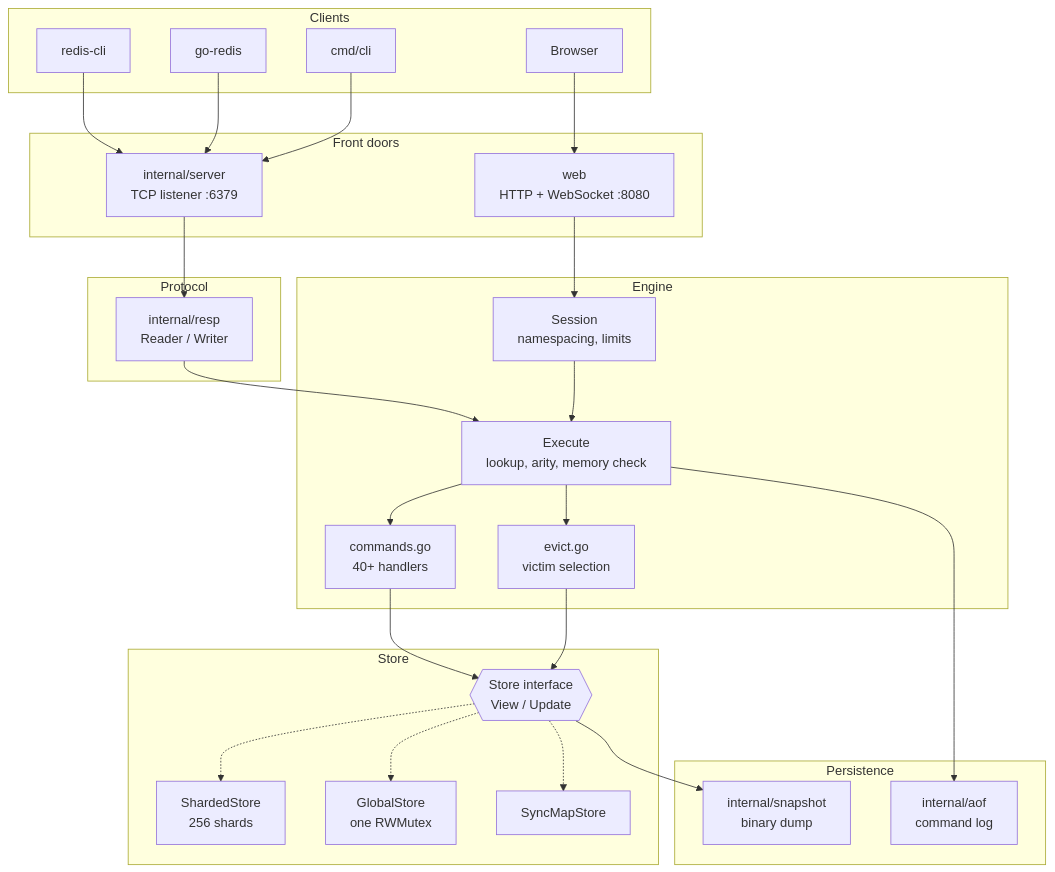
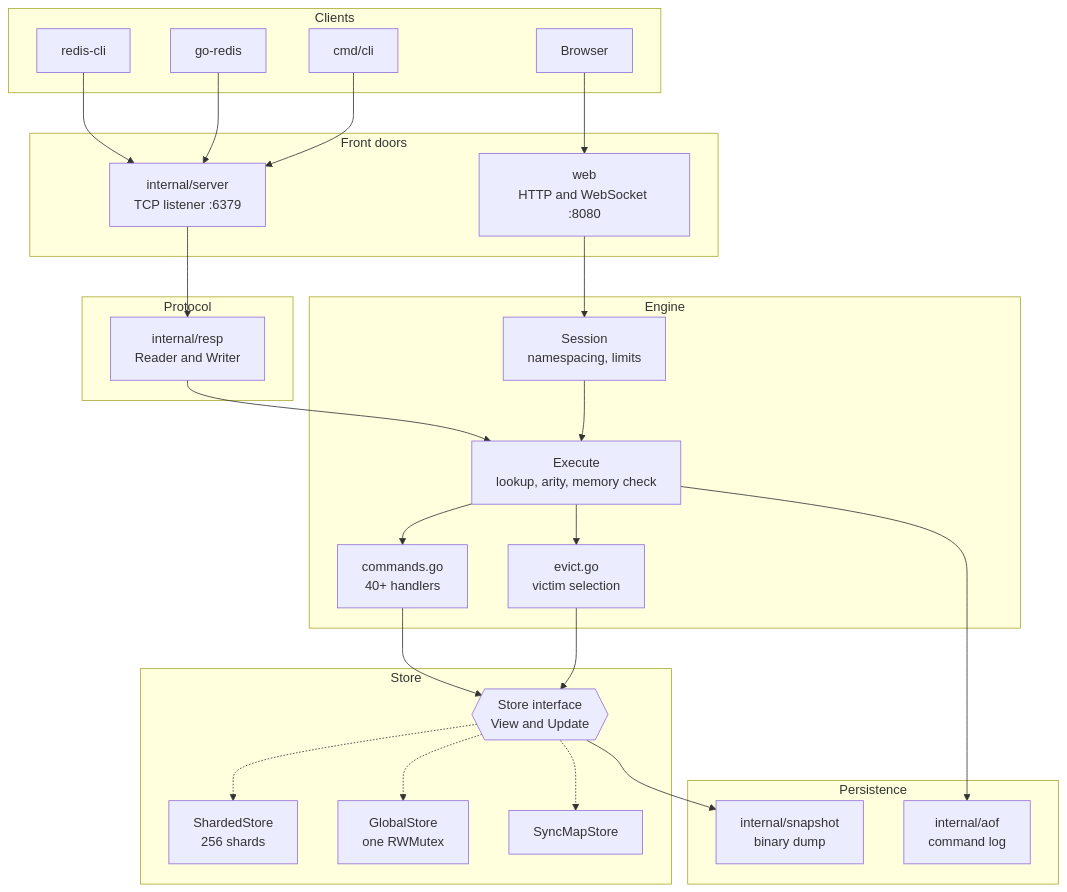
The first of 9 diagrams in ARCHITECTURE.md (AviK0928/RedisGo), drawn with Mermaid before and after one commit. The commit also changed other lines of this file, not shown here.

Commit message:
Refine terminology in ARCHITECTURE.md

````diff
--- a/ARCHITECTURE.md
+++ b/ARCHITECTURE.md
@@ -8,59 +8,59 @@
 ```mermaid
 flowchart TB
     subgraph clients [Clients]
         cli[redis-cli]
         lib[go-redis]
         own[cmd/cli]
         browser[Browser]
     end
 
     subgraph doors [Front doors]
         tcp["internal/server<br/>TCP listener :6379"]
-        http["web<br/>HTTP + WebSocket :8080"]
+        http["web<br/>HTTP and WebSocket :8080"]
     end
 
     subgraph protocol [Protocol]
-        resp["internal/resp<br/>Reader / Writer"]
+        resp["internal/resp<br/>Reader and Writer"]
     end
 
     subgraph core [Engine]
         session["Session<br/>namespacing, limits"]
         dispatch["Execute<br/>lookup, arity, memory check"]
         handlers["commands.go<br/>40+ handlers"]
         evict["evict.go<br/>victim selection"]
     end
 
     subgraph storage [Store]
-        iface{{"Store interface<br/>View / Update"}}
+        iface{{"Store interface<br/>View and Update"}}
         sharded["ShardedStore<br/>256 shards"]
         global["GlobalStore<br/>one RWMutex"]
         syncmap["SyncMapStore"]
     end
 
     subgraph disk [Persistence]
         aof["internal/aof<br/>command log"]
         snap["internal/snapshot<br/>binary dump"]
     end
 
     cli --> tcp
     lib --> tcp
     own --> tcp
     browser --> http
 
     tcp --> resp
     resp --> dispatch
     http --> session
     session --> dispatch
 
     dispatch --> handlers
     dispatch --> evict
     dispatch --> aof
     handlers --> iface
     evict --> iface
 
     iface -.-> sharded
     iface -.-> global
     iface -.-> syncmap
 
     iface --> snap
 ```
````
